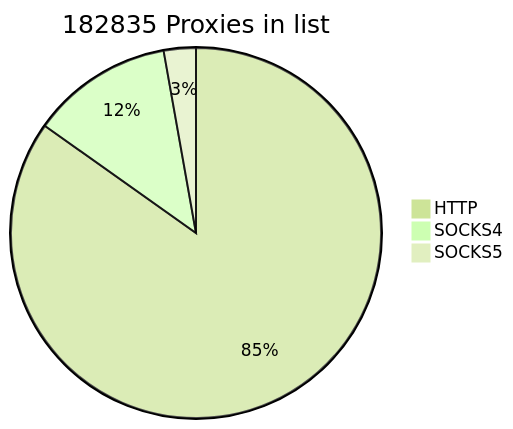
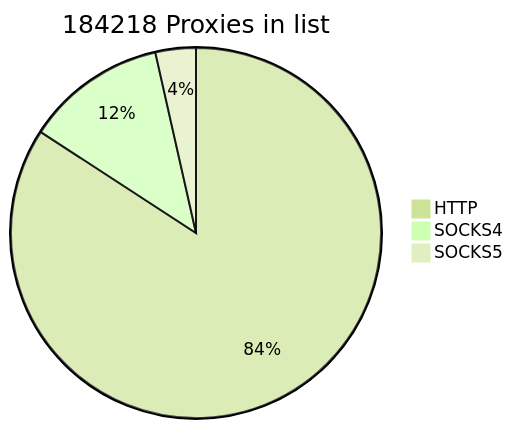
Before and after one commit to cutipu/proxylist: the first of 2 diagrams in README.md, drawn with Mermaid (forest theme). The commit also changed other lines of this file, not shown here.

````diff
--- a/README.md
+++ b/README.md
@@ -2,7 +2,7 @@
 ```mermaid
-pie title 182835 Proxies in list
+pie title 184218 Proxies in list
     "HTTP" : 155070
-    "SOCKS4" : 22645
-    "SOCKS5" : 5120
+    "SOCKS4" : 22643
+    "SOCKS5" : 6505
             
 ```
````
